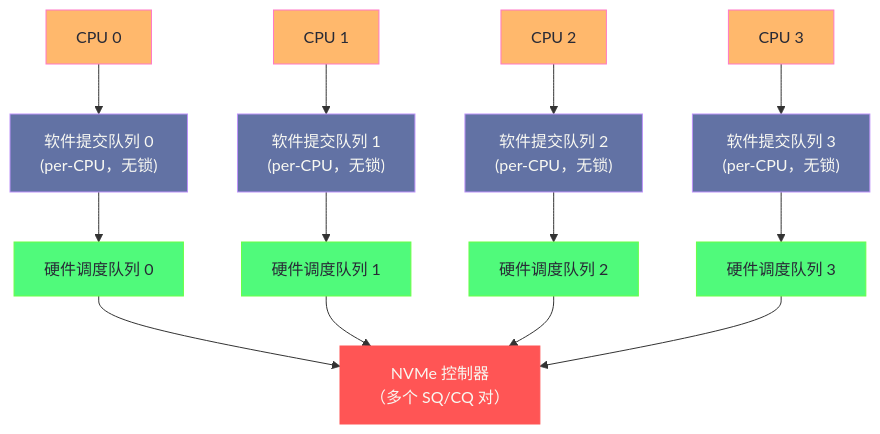
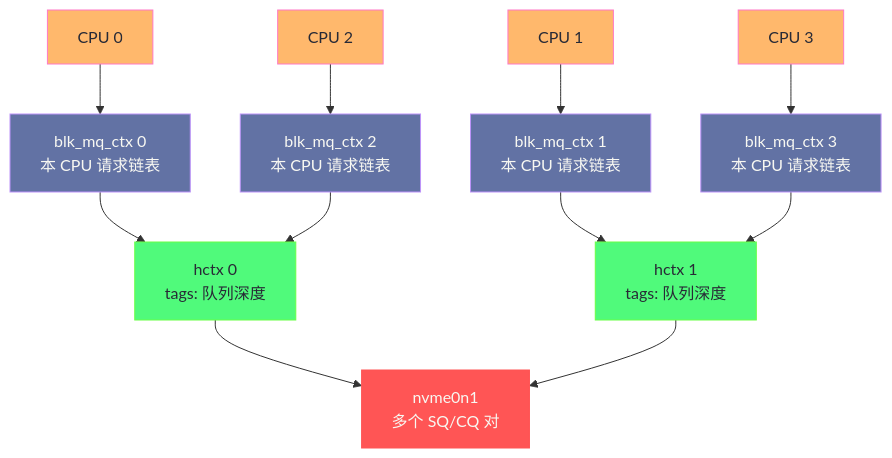
The second of 4 diagrams in content/Linux/文件系统/05 块设备栈——从 bio 到 blk-mq 的 IO 路径.md (hpliStartAgain/my-brain), drawn with Mermaid before and after one commit. The commit also changed other lines of this file and 455 other files, not shown here.

````diff
--- a/content/Linux/文件系统/05 块设备栈——从 bio 到 blk-mq 的 IO 路径.md
+++ b/content/Linux/文件系统/05 块设备栈——从 bio 到 blk-mq 的 IO 路径.md
@@ -206,38 +297,34 @@
 ```mermaid
 %%{init: {'theme': 'dracula'}}%%
 graph TD
     classDef cpu fill:#ffb86c,stroke:#ff79c6,color:#282a36
-    classDef sq fill:#6272a4,stroke:#bd93f9,color:#f8f8f2
-    classDef hq fill:#50fa7b,stroke:#69ff47,color:#282a36
-    classDef hw fill:#ff5555,stroke:#ff5555,color:#f8f8f2
+    classDef ctx fill:#6272a4,stroke:#bd93f9,color:#f8f8f2
+    classDef hctx fill:#50fa7b,stroke:#69ff47,color:#282a36
+    classDef dev fill:#ff5555,stroke:#ff5555,color:#f8f8f2
 
     C0["CPU 0"]:::cpu
     C1["CPU 1"]:::cpu
     C2["CPU 2"]:::cpu
     C3["CPU 3"]:::cpu
 
-    S0["软件提交队列 0<br/>(per-CPU，无锁)"]:::sq
-    S1["软件提交队列 1<br/>(per-CPU，无锁)"]:::sq
-    S2["软件提交队列 2<br/>(per-CPU，无锁)"]:::sq
-    S3["软件提交队列 3<br/>(per-CPU，无锁)"]:::sq
+    X0["blk_mq_ctx 0<br/>本 CPU 请求链表"]:::ctx
+    X1["blk_mq_ctx 1<br/>本 CPU 请求链表"]:::ctx
+    X2["blk_mq_ctx 2<br/>本 CPU 请求链表"]:::ctx
+    X3["blk_mq_ctx 3<br/>本 CPU 请求链表"]:::ctx
 
-    H0["硬件调度队列 0"]:::hq
-    H1["硬件调度队列 1"]:::hq
-    H2["硬件调度队列 2"]:::hq
-    H3["硬件调度队列 3"]:::hq
+    H0["hctx 0<br/>tags: 队列深度"]:::hctx
+    H1["hctx 1<br/>tags: 队列深度"]:::hctx
 
-    HW["NVMe 控制器<br/>（多个 SQ/CQ 对）"]:::hw
+    N["nvme0n1<br/>多个 SQ/CQ 对"]:::dev
 
-    C0 --> S0
-    C1 --> S1
-    C2 --> S2
-    C3 --> S3
-    S0 --> H0
-    S1 --> H1
-    S2 --> H2
-    S3 --> H3
-    H0 --> HW
-    H1 --> HW
-    H2 --> HW
-    H3 --> HW
+    C0 --> X0
+    C1 --> X1
+    C2 --> X2
+    C3 --> X3
+    X0 --> H0
+    X1 --> H1
+    X2 --> H0
+    X3 --> H1
+    H0 --> N
+    H1 --> N
 ```
````
